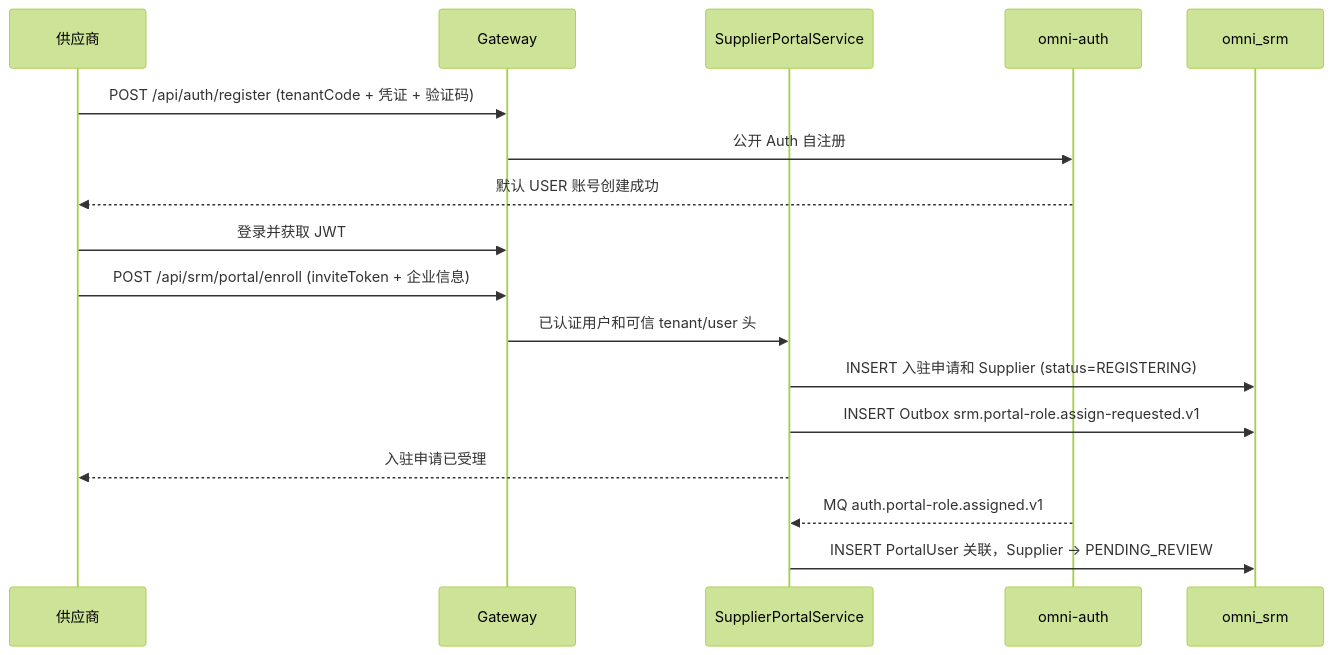
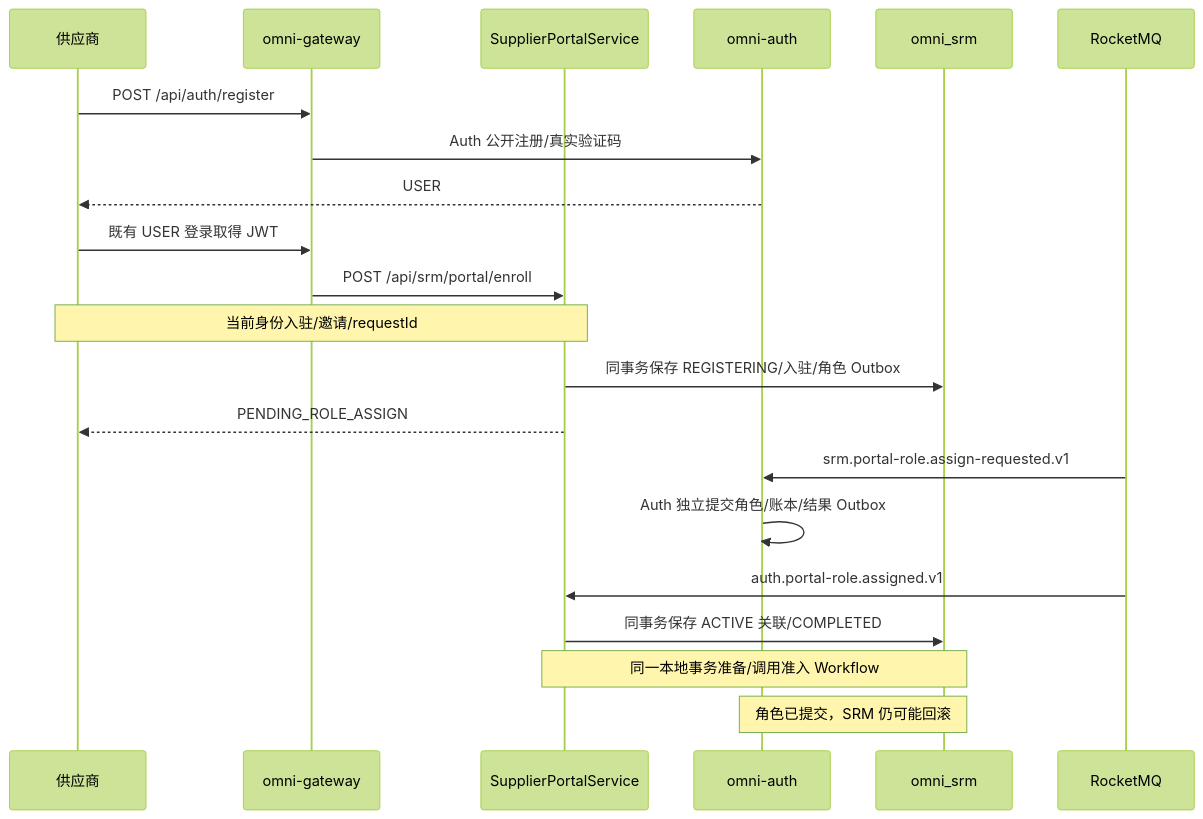
Before and after one commit to wang-baohai/Omni-Stack: the fifth of 5 diagrams in docs/design/srm-design.md, drawn with Mermaid (forest theme). The commit also changed other lines of this file and 1095 other files, not shown here.

````diff
--- a/docs/design/srm-design.md
+++ b/docs/design/srm-design.md
@@ -324,20 +318,23 @@
 ```mermaid
 sequenceDiagram
     participant SUP as 供应商
-    participant GW as Gateway
+    participant GW as omni-gateway
     participant S as SupplierPortalService
     participant AUTH as omni-auth
     participant DB as omni_srm
-
-    SUP->>GW: POST /api/auth/register (tenantCode + 凭证 + 验证码)
-    GW->>AUTH: 公开 Auth 自注册
-    AUTH-->>SUP: 默认 USER 账号创建成功
-    SUP->>GW: 登录并获取 JWT
-    SUP->>GW: POST /api/srm/portal/enroll (inviteToken + 企业信息)
-    GW->>S: 已认证用户和可信 tenant/user 头
-    S->>DB: INSERT 入驻申请和 Supplier (status=REGISTERING)
-    S->>DB: INSERT Outbox srm.portal-role.assign-requested.v1
-    S-->>SUP: 入驻申请已受理
-    AUTH-->>S: MQ auth.portal-role.assigned.v1
-    S->>DB: INSERT PortalUser 关联，Supplier → PENDING_REVIEW
+    participant MQ as RocketMQ
+    SUP->>GW: POST /api/auth/register
+    GW->>AUTH: Auth 公开注册/真实验证码
+    AUTH-->>SUP: USER
+    SUP->>GW: 既有 USER 登录取得 JWT
+    GW->>S: POST /api/srm/portal/enroll
+    Note over SUP,S: 当前身份入驻/邀请/requestId
+    S->>DB: 同事务保存 REGISTERING/入驻/角色 Outbox
+    S-->>SUP: PENDING_ROLE_ASSIGN
+    MQ->>AUTH: srm.portal-role.assign-requested.v1
+    AUTH->>AUTH: Auth 独立提交角色/账本/结果 Outbox
+    MQ->>S: auth.portal-role.assigned.v1
+    S->>DB: 同事务保存 ACTIVE 关联/COMPLETED
+    Note over S,DB: 同一本地事务准备/调用准入 Workflow
+    Note over AUTH,DB: 角色已提交，SRM 仍可能回滚
 ```
````
